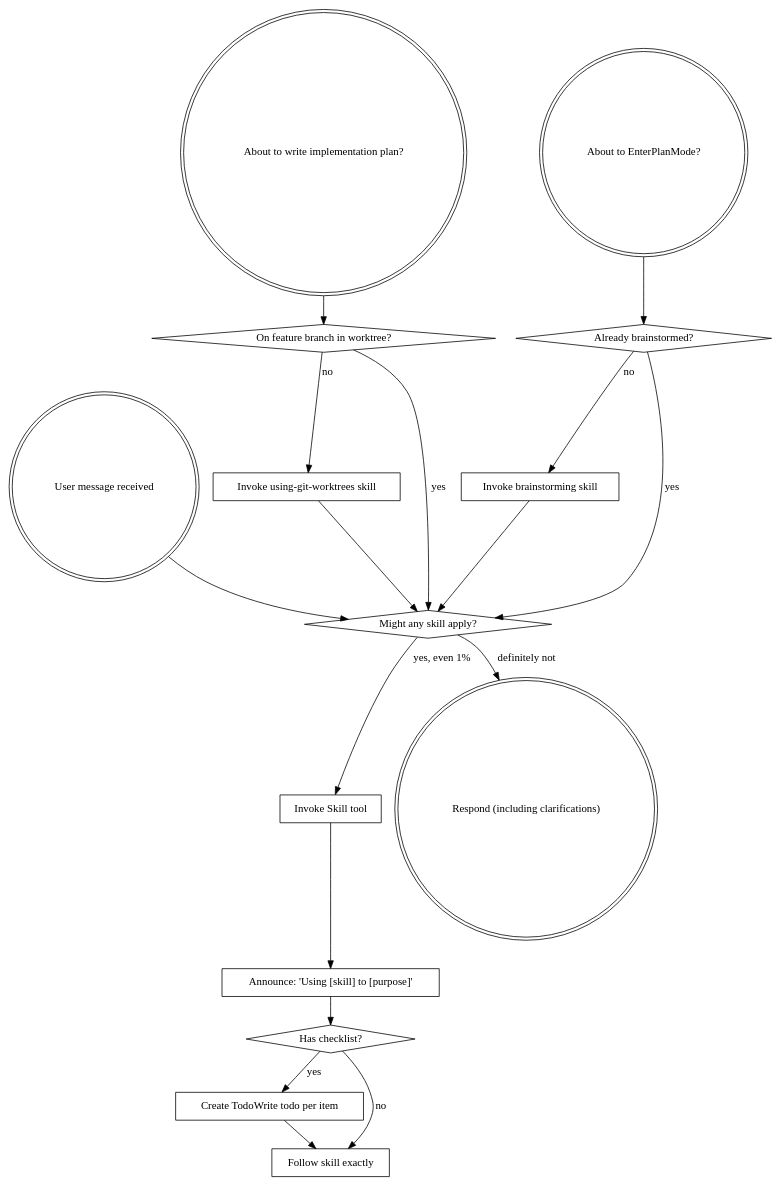
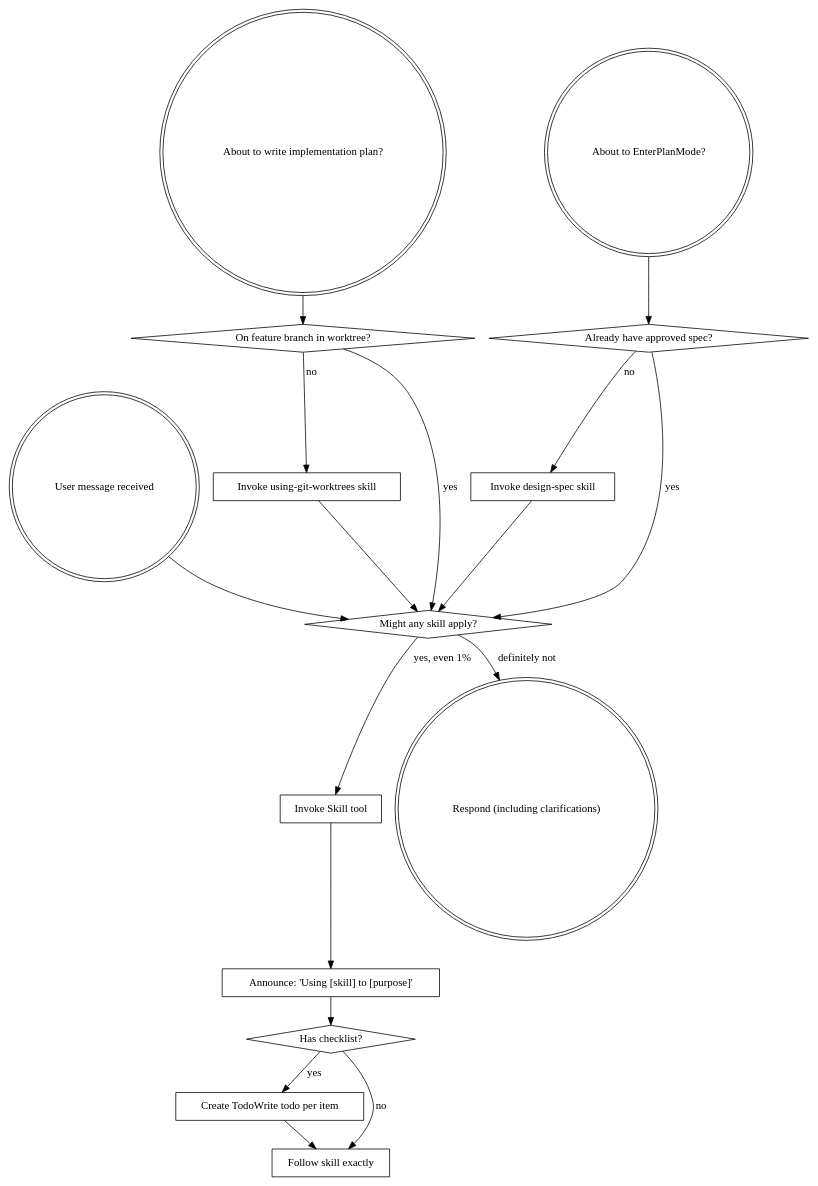
One commit to NyssaAI/product-planning changed the diagram in skills/using-dev-tools/SKILL.md. Above: the diagram before and after it, drawn with Graphviz. The commit also changed other lines of this file and 90 other files, not shown here.

````diff
--- a/skills/using-dev-tools/SKILL.md
+++ b/skills/using-dev-tools/SKILL.md
@@ -52,36 +52,36 @@
 ```dot
 digraph skill_flow {
     "User message received" [shape=doublecircle];
     "About to EnterPlanMode?" [shape=doublecircle];
     "About to write implementation plan?" [shape=doublecircle];
     "On feature branch in worktree?" [shape=diamond];
     "Invoke using-git-worktrees skill" [shape=box];
-    "Already brainstormed?" [shape=diamond];
-    "Invoke brainstorming skill" [shape=box];
+    "Already have approved spec?" [shape=diamond];
+    "Invoke design-spec skill" [shape=box];
     "Might any skill apply?" [shape=diamond];
     "Invoke Skill tool" [shape=box];
     "Announce: 'Using [skill] to [purpose]'" [shape=box];
     "Has checklist?" [shape=diamond];
     "Create TodoWrite todo per item" [shape=box];
     "Follow skill exactly" [shape=box];
     "Respond (including clarifications)" [shape=doublecircle];
 
-    "About to EnterPlanMode?" -> "Already brainstormed?";
+    "About to EnterPlanMode?" -> "Already have approved spec?";
     "About to write implementation plan?" -> "On feature branch in worktree?";
     "On feature branch in worktree?" -> "Invoke using-git-worktrees skill" [label="no"];
     "On feature branch in worktree?" -> "Might any skill apply?" [label="yes"];
     "Invoke using-git-worktrees skill" -> "Might any skill apply?";
-    "Already brainstormed?" -> "Invoke brainstorming skill" [label="no"];
-    "Already brainstormed?" -> "Might any skill apply?" [label="yes"];
-    "Invoke brainstorming skill" -> "Might any skill apply?";
+    "Already have approved spec?" -> "Invoke design-spec skill" [label="no"];
+    "Already have approved spec?" -> "Might any skill apply?" [label="yes"];
+    "Invoke design-spec skill" -> "Might any skill apply?";
 
     "User message received" -> "Might any skill apply?";
     "Might any skill apply?" -> "Invoke Skill tool" [label="yes, even 1%"];
     "Might any skill apply?" -> "Respond (including clarifications)" [label="definitely not"];
     "Invoke Skill tool" -> "Announce: 'Using [skill] to [purpose]'";
     "Announce: 'Using [skill] to [purpose]'" -> "Has checklist?";
     "Has checklist?" -> "Create TodoWrite todo per item" [label="yes"];
     "Has checklist?" -> "Follow skill exactly" [label="no"];
     "Create TodoWrite todo per item" -> "Follow skill exactly";
 }
 ```
````
